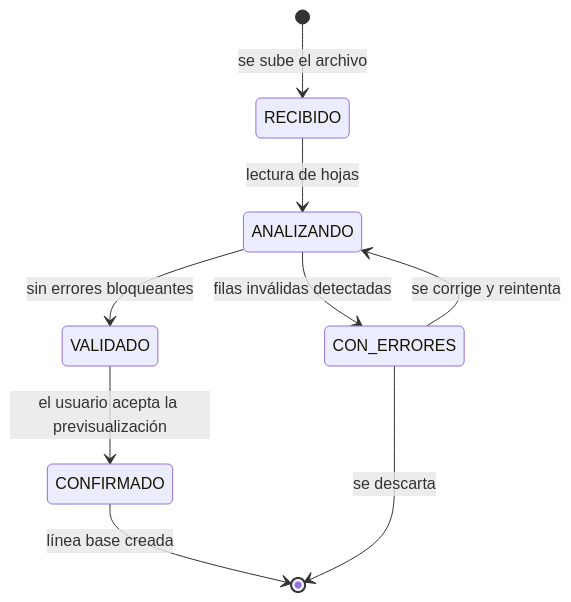
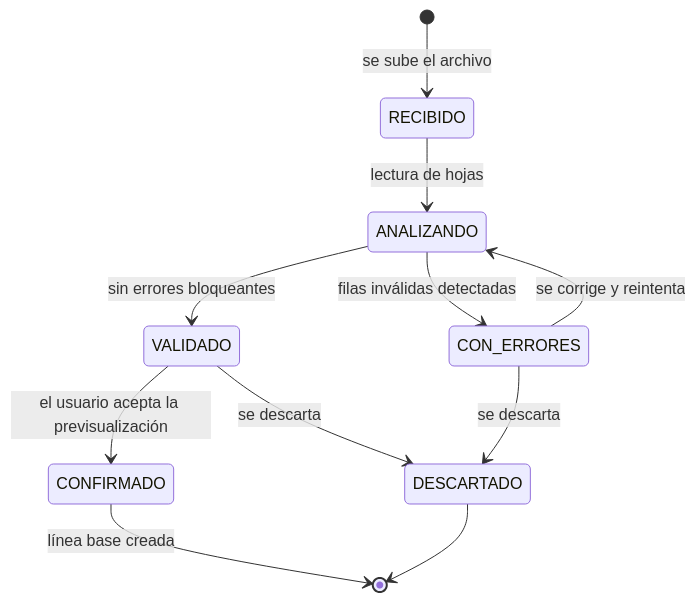
The seventh of 7 diagrams in docs/02-arquitectura.md (FranciscoRodSilva/IA4Devs-Proyecto-Final), drawn with Mermaid before and after one commit. The commit also changed other lines of this file and 23 other files, not shown here.

````diff
--- a/docs/02-arquitectura.md
+++ b/docs/02-arquitectura.md
@@ -560,11 +560,13 @@
 ```mermaid
 stateDiagram-v2
     [*] --> RECIBIDO: se sube el archivo
     RECIBIDO --> ANALIZANDO: lectura de hojas
     ANALIZANDO --> VALIDADO: sin errores bloqueantes
     ANALIZANDO --> CON_ERRORES: filas inválidas detectadas
     CON_ERRORES --> ANALIZANDO: se corrige y reintenta
     VALIDADO --> CONFIRMADO: el usuario acepta la previsualización
     CONFIRMADO --> [*]: línea base creada
-    CON_ERRORES --> [*]: se descarta
+    VALIDADO --> DESCARTADO: se descarta
+    CON_ERRORES --> DESCARTADO: se descarta
+    DESCARTADO --> [*]
 ```
````
